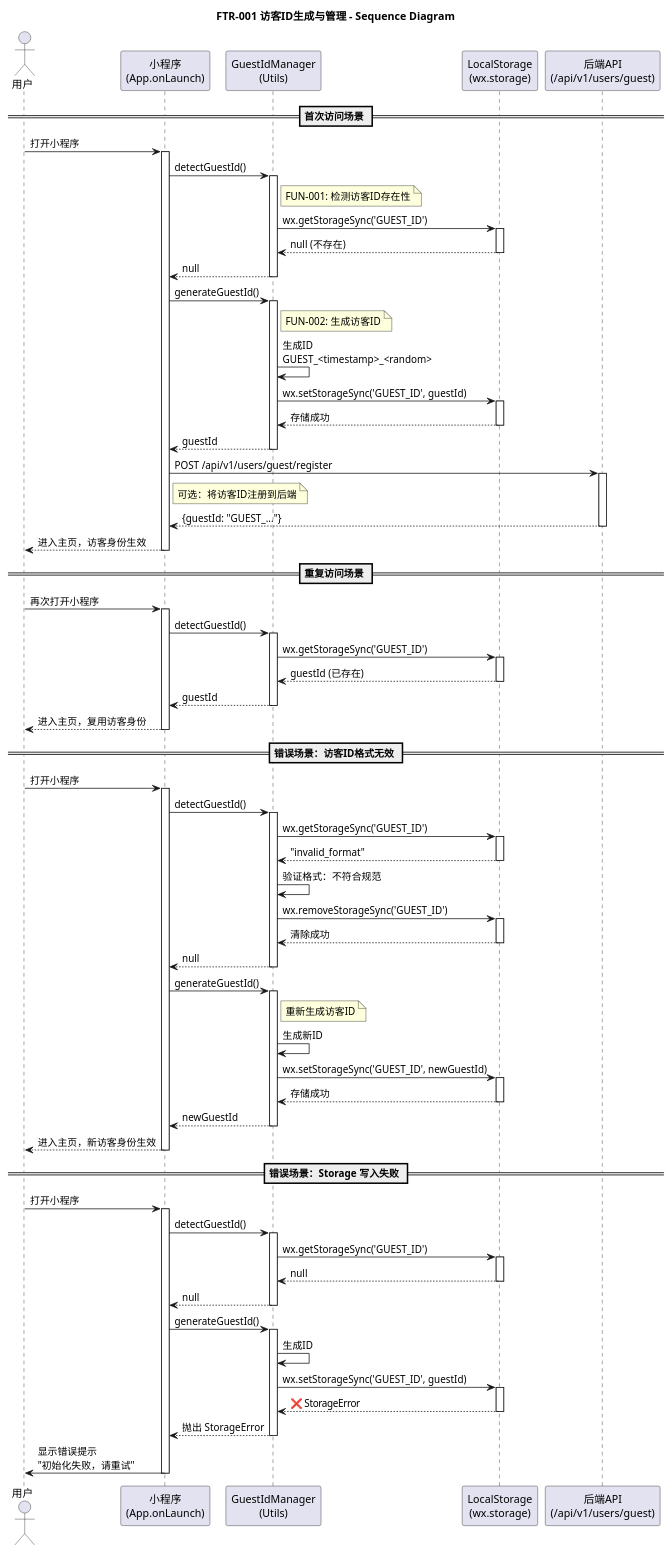
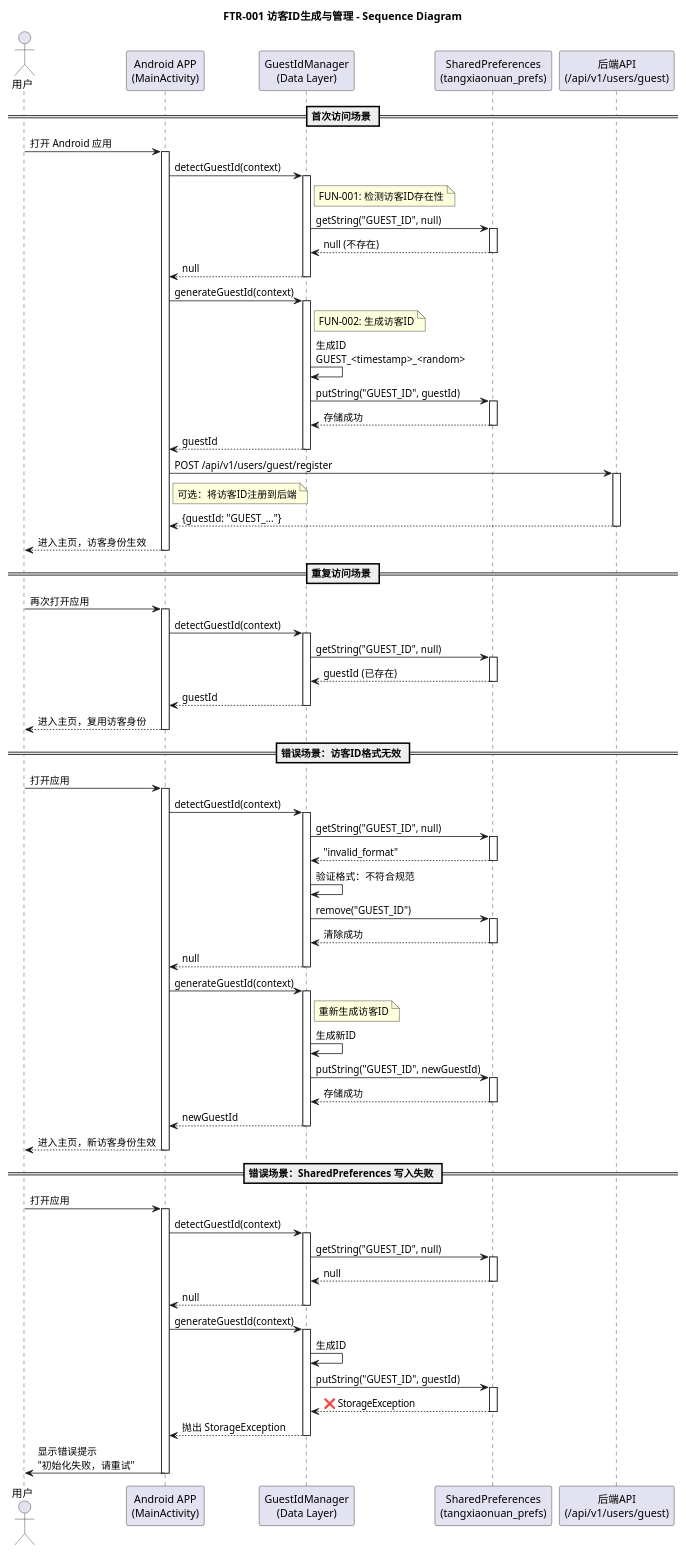
The diagram in cdase/project/design/uml/FTR-001.sequence.puml (WillCaptain/suger-baby), drawn with PlantUML before and after one commit. The commit also changed 13 other files, not shown here.

First line of the commit message:
feat: 平台变更 - 从微信小程序改为 Android APP

```diff
--- a/cdase/project/design/uml/FTR-001.sequence.puml
+++ b/cdase/project/design/uml/FTR-001.sequence.puml
@@ -1,119 +1,119 @@
 @startuml
 title FTR-001 访客ID生成与管理 - Sequence Diagram
 
 actor 用户 as User
-participant "小程序\n(App.onLaunch)" as App
-participant "GuestIdManager\n(Utils)" as Manager
-participant "LocalStorage\n(wx.storage)" as Storage
+participant "Android APP\n(MainActivity)" as App
+participant "GuestIdManager\n(Data Layer)" as Manager
+participant "SharedPreferences\n(tangxiaonuan_prefs)" as Storage
 participant "后端API\n(/api/v1/users/guest)" as API
 
 == 首次访问场景 ==
-User -> App: 打开小程序
+User -> App: 打开 Android 应用
 activate App
 
-App -> Manager: detectGuestId()
+App -> Manager: detectGuestId(context)
 activate Manager
 note right of Manager: FUN-001: 检测访客ID存在性
-Manager -> Storage: wx.getStorageSync('GUEST_ID')
+Manager -> Storage: getString("GUEST_ID", null)
 activate Storage
 Storage --> Manager: null (不存在)
 deactivate Storage
 Manager --> App: null
 deactivate Manager
 
-App -> Manager: generateGuestId()
+App -> Manager: generateGuestId(context)
 activate Manager
 note right of Manager: FUN-002: 生成访客ID
 Manager -> Manager: 生成ID\nGUEST_<timestamp>_<random>
-Manager -> Storage: wx.setStorageSync('GUEST_ID', guestId)
+Manager -> Storage: putString("GUEST_ID", guestId)
 activate Storage
 Storage --> Manager: 存储成功
 deactivate Storage
 Manager --> App: guestId
 deactivate Manager
 
 App -> API: POST /api/v1/users/guest/register
 note right of App: 可选：将访客ID注册到后端
 activate API
 API --> App: {guestId: "GUEST_..."}
 deactivate API
 
 App --> User: 进入主页，访客身份生效
 deactivate App
 
 == 重复访问场景 ==
-User -> App: 再次打开小程序
+User -> App: 再次打开应用
 activate App
 
-App -> Manager: detectGuestId()
+App -> Manager: detectGuestId(context)
 activate Manager
-Manager -> Storage: wx.getStorageSync('GUEST_ID')
+Manager -> Storage: getString("GUEST_ID", null)
 activate Storage
 Storage --> Manager: guestId (已存在)
 deactivate Storage
 Manager --> App: guestId
 deactivate Manager
 
 App --> User: 进入主页，复用访客身份
 deactivate App
 
 == 错误场景：访客ID格式无效 ==
-User -> App: 打开小程序
+User -> App: 打开应用
 activate App
 
-App -> Manager: detectGuestId()
+App -> Manager: detectGuestId(context)
 activate Manager
-Manager -> Storage: wx.getStorageSync('GUEST_ID')
+Manager -> Storage: getString("GUEST_ID", null)
 activate Storage
 Storage --> Manager: "invalid_format"
 deactivate Storage
 
 Manager -> Manager: 验证格式：不符合规范
-Manager -> Storage: wx.removeStorageSync('GUEST_ID')
+Manager -> Storage: remove("GUEST_ID")
 activate Storage
 Storage --> Manager: 清除成功
 deactivate Storage
 Manager --> App: null
 deactivate Manager
 
-App -> Manager: generateGuestId()
+App -> Manager: generateGuestId(context)
 note right of Manager: 重新生成访客ID
 activate Manager
 Manager -> Manager: 生成新ID
-Manager -> Storage: wx.setStorageSync('GUEST_ID', newGuestId)
+Manager -> Storage: putString("GUEST_ID", newGuestId)
 activate Storage
 Storage --> Manager: 存储成功
 deactivate Storage
 Manager --> App: newGuestId
 deactivate Manager
 
 App --> User: 进入主页，新访客身份生效
 deactivate App
 
-== 错误场景：Storage 写入失败 ==
-User -> App: 打开小程序
+== 错误场景：SharedPreferences 写入失败 ==
+User -> App: 打开应用
 activate App
 
-App -> Manager: detectGuestId()
+App -> Manager: detectGuestId(context)
 activate Manager
-Manager -> Storage: wx.getStorageSync('GUEST_ID')
+Manager -> Storage: getString("GUEST_ID", null)
 activate Storage
 Storage --> Manager: null
 deactivate Storage
 Manager --> App: null
 deactivate Manager
 
-App -> Manager: generateGuestId()
+App -> Manager: generateGuestId(context)
 activate Manager
 Manager -> Manager: 生成ID
-Manager -> Storage: wx.setStorageSync('GUEST_ID', guestId)
+Manager -> Storage: putString("GUEST_ID", guestId)
 activate Storage
-Storage --> Manager: ❌ StorageError
+Storage --> Manager: ❌ StorageException
 deactivate Storage
-Manager --> App: 抛出 StorageError
+Manager --> App: 抛出 StorageException
 deactivate Manager
 
 App -> User: 显示错误提示\n"初始化失败，请重试"
 deactivate App
 
 @enduml
```
